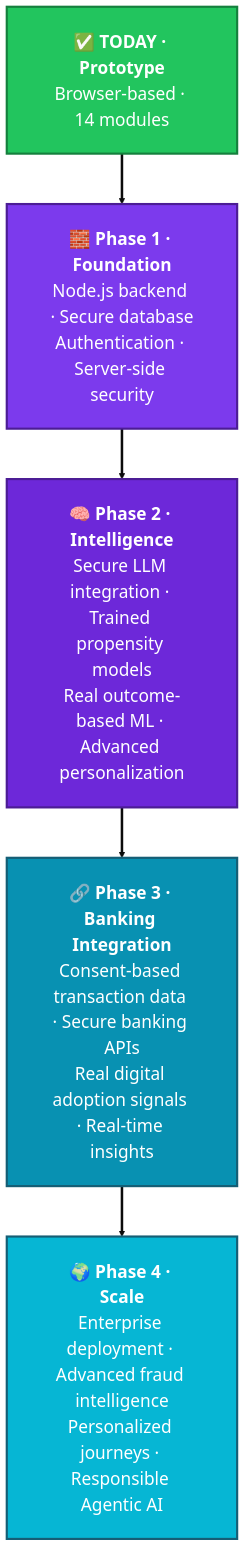
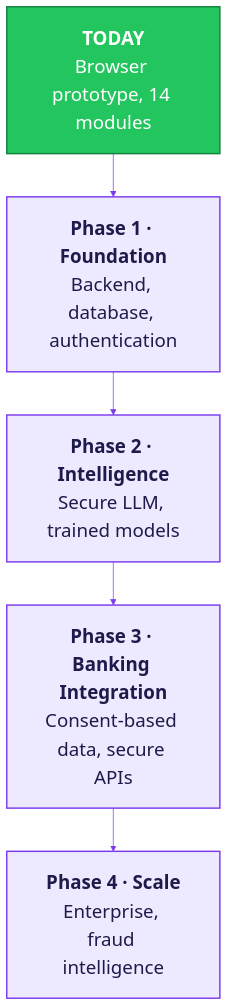
Before and after one commit to Mansi232323/MANSHORA: diagram 13 of 13 in README.md, drawn with Mermaid. The commit also changed other lines of this file, not shown here.

````diff
--- a/README.md
+++ b/README.md
@@ -639,15 +548,14 @@
 ```mermaid
-%%{init: {'theme':'base','themeVariables':{'fontSize':'24px'},'flowchart':{'nodeSpacing':60,'rankSpacing':70,'padding':30,'htmlLabels':true}}}%%
+%%{init: {'theme':'base','themeVariables':{'fontSize':'26px','lineColor':'#7c3aed'},'flowchart':{'nodeSpacing':40,'rankSpacing':60,'padding':24,'htmlLabels':true}}}%%
 flowchart TB
-    P0["<b>✅ TODAY · Prototype</b><br/>Browser-based · 14 modules"]
-    P1["<b>🧱 Phase 1 · Foundation</b><br/>Node.js backend · Secure database<br/>Authentication · Server-side security"]
-    P2["<b>🧠 Phase 2 · Intelligence</b><br/>Secure LLM integration · Trained propensity models<br/>Real outcome-based ML · Advanced personalization"]
-    P3["<b>🔗 Phase 3 · Banking Integration</b><br/>Consent-based transaction data · Secure banking APIs<br/>Real digital adoption signals · Real-time insights"]
-    P4["<b>🌍 Phase 4 · Scale</b><br/>Enterprise deployment · Advanced fraud intelligence<br/>Personalized journeys · Responsible Agentic AI"]
-    P0 ==> P1 ==> P2 ==> P3 ==> P4
-    style P0 fill:#22c55e,color:#fff,stroke:#15803d,stroke-width:3px
-    style P1 fill:#7c3aed,color:#fff,stroke:#4c1d95,stroke-width:3px
-    style P2 fill:#6d28d9,color:#fff,stroke:#4c1d95,stroke-width:3px
-    style P3 fill:#0891b2,color:#fff,stroke:#155e75,stroke-width:3px
-    style P4 fill:#06b6d4,color:#fff,stroke:#155e75,stroke-width:3px
+    P0["<b>TODAY</b><br/>Browser prototype, 14 modules"]
+    P1["<b>Phase 1 · Foundation</b><br/>Backend, database, authentication"]
+    P2["<b>Phase 2 · Intelligence</b><br/>Secure LLM, trained models"]
+    P3["<b>Phase 3 · Banking Integration</b><br/>Consent-based data, secure APIs"]
+    P4["<b>Phase 4 · Scale</b><br/>Enterprise, fraud intelligence"]
+    P0 --> P1 --> P2 --> P3 --> P4
+    classDef done fill:#22c55e,stroke:#15803d,stroke-width:2px,color:#ffffff
+    classDef next fill:#ede9fe,stroke:#7c3aed,stroke-width:2px,color:#1e1b4b
+    class P0 done
+    class P1,P2,P3,P4 next
 ```
````
